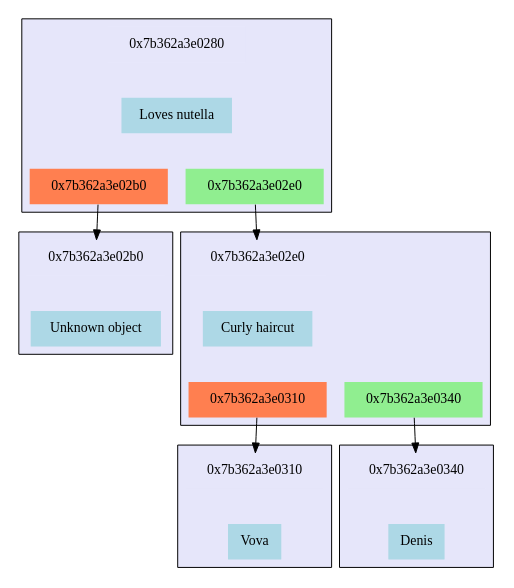
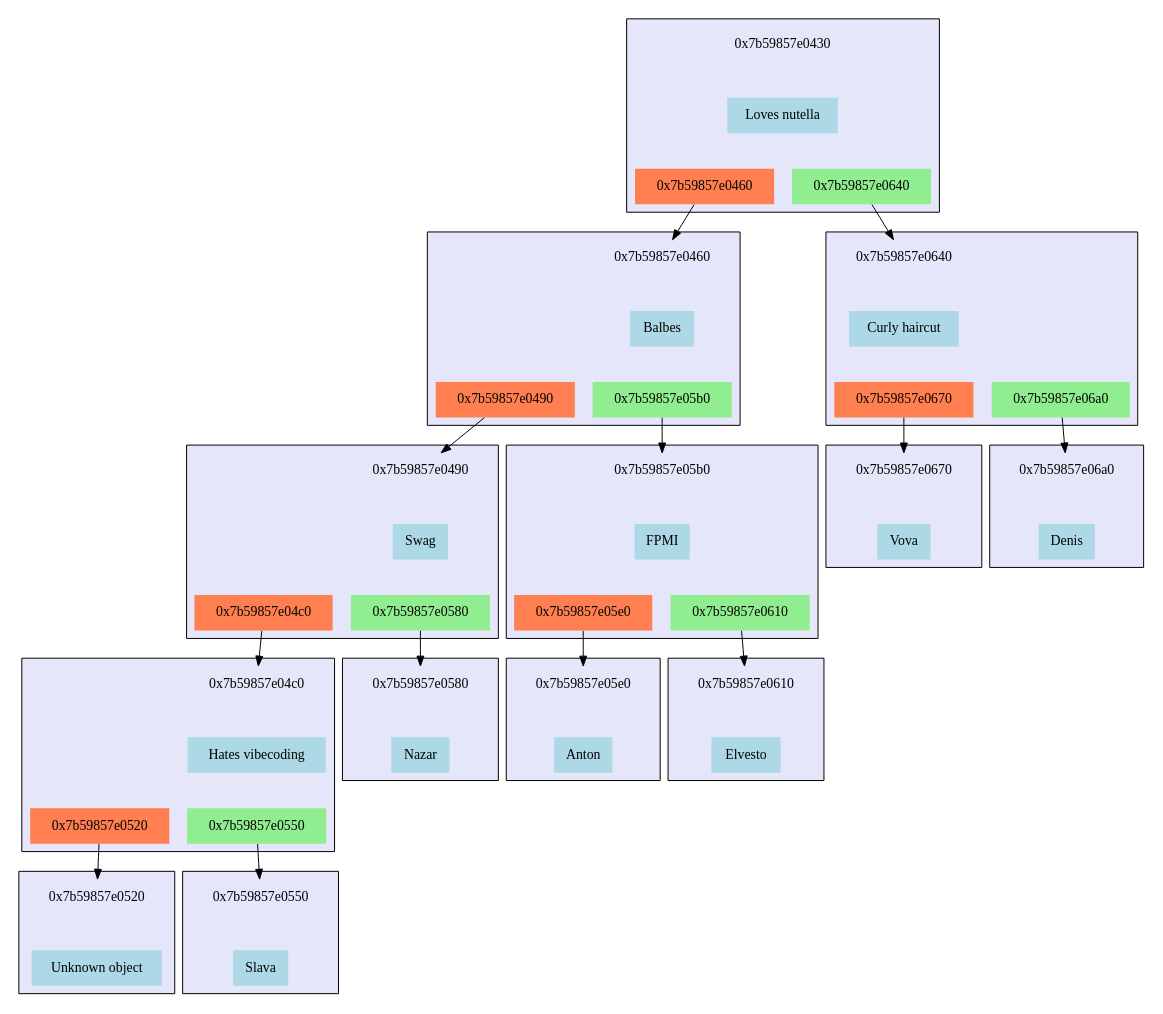
The diagram in files/tree.dot (MasterVAE/MIPT_Akinator), drawn with Graphviz before and after one commit. The commit also changed 3 other files, not shown here.

```diff
--- a/files/tree.dot
+++ b/files/tree.dot
@@ -1,80 +1,208 @@
 digraph G {	 node [shape=plaintext, style="filled"];
 	 rankdir=TB;
-subgraph cluster_0x7b362a3e0280                                     
+subgraph cluster_0x7b59857e0430                                     
 {                                                       
 	style=filled;                                         
 	rank=0;                                              
 	fillcolor=lavender;                                   
-	"0x7b362a3e0280_address"[label="0x7b362a3e0280",fillcolor="lavender"];  
-	"0x7b362a3e0280_value"[label="Loves nutella",fillcolor="lightblue"];   
-	subgraph "0x7b362a3e0280_bottom"                                
+	"0x7b59857e0430_address"[label="0x7b59857e0430",fillcolor="lavender"];  
+	"0x7b59857e0430_value"[label="Loves nutella",fillcolor="lightblue"];   
+	subgraph "0x7b59857e0430_bottom"                                
 	{                                                     
 		 style=invis;                                       
-		"0x7b362a3e0280_left"[label="0x7b362a3e02b0",fillcolor="coral"];      
-		"0x7b362a3e0280_right"[label="0x7b362a3e02e0",fillcolor="lightgreen"];
+		"0x7b59857e0430_left"[label="0x7b59857e0460",fillcolor="coral"];      
+		"0x7b59857e0430_right"[label="0x7b59857e0640",fillcolor="lightgreen"];
 	}                                                     
-	"0x7b362a3e0280_address"->"0x7b362a3e0280_value"[style=invis,weight=10];  
-	"0x7b362a3e0280_value"->"0x7b362a3e0280_left"[style=invis,weight=10];     
-	"0x7b362a3e0280_value"->"0x7b362a3e0280_right"[style=invis,weight=10];    
+	"0x7b59857e0430_address"->"0x7b59857e0430_value"[style=invis,weight=10];  
+	"0x7b59857e0430_value"->"0x7b59857e0430_left"[style=invis,weight=10];     
+	"0x7b59857e0430_value"->"0x7b59857e0430_right"[style=invis,weight=10];    
 }                                                       
-"0x7b362a3e0280_left" -> "0x7b362a3e02b0_address";
-subgraph cluster_0x7b362a3e02b0                                     
+"0x7b59857e0430_left" -> "0x7b59857e0460_address";
+subgraph cluster_0x7b59857e0460                                     
 {                                                       
 	style=filled;                                         
 	rank=1;                                              
 	fillcolor=lavender;                                   
-	"0x7b362a3e02b0_address"[label="0x7b362a3e02b0",fillcolor="lavender"];  
-	"0x7b362a3e02b0_value"[label="Unknown object",fillcolor="lightblue"];   
-	subgraph "0x7b362a3e02b0_bottom"                                
+	"0x7b59857e0460_address"[label="0x7b59857e0460",fillcolor="lavender"];  
+	"0x7b59857e0460_value"[label="Balbes",fillcolor="lightblue"];   
+	subgraph "0x7b59857e0460_bottom"                                
+	{                                                     
+		 style=invis;                                       
+		"0x7b59857e0460_left"[label="0x7b59857e0490",fillcolor="coral"];      
+		"0x7b59857e0460_right"[label="0x7b59857e05b0",fillcolor="lightgreen"];
+	}                                                     
+	"0x7b59857e0460_address"->"0x7b59857e0460_value"[style=invis,weight=10];  
+	"0x7b59857e0460_value"->"0x7b59857e0460_left"[style=invis,weight=10];     
+	"0x7b59857e0460_value"->"0x7b59857e0460_right"[style=invis,weight=10];    
+}                                                       
+"0x7b59857e0460_left" -> "0x7b59857e0490_address";
+subgraph cluster_0x7b59857e0490                                     
+{                                                       
+	style=filled;                                         
+	rank=2;                                              
+	fillcolor=lavender;                                   
+	"0x7b59857e0490_address"[label="0x7b59857e0490",fillcolor="lavender"];  
+	"0x7b59857e0490_value"[label="Swag",fillcolor="lightblue"];   
+	subgraph "0x7b59857e0490_bottom"                                
+	{                                                     
+		 style=invis;                                       
+		"0x7b59857e0490_left"[label="0x7b59857e04c0",fillcolor="coral"];      
+		"0x7b59857e0490_right"[label="0x7b59857e0580",fillcolor="lightgreen"];
+	}                                                     
+	"0x7b59857e0490_address"->"0x7b59857e0490_value"[style=invis,weight=10];  
+	"0x7b59857e0490_value"->"0x7b59857e0490_left"[style=invis,weight=10];     
+	"0x7b59857e0490_value"->"0x7b59857e0490_right"[style=invis,weight=10];    
+}                                                       
+"0x7b59857e0490_left" -> "0x7b59857e04c0_address";
+subgraph cluster_0x7b59857e04c0                                     
+{                                                       
+	style=filled;                                         
+	rank=3;                                              
+	fillcolor=lavender;                                   
+	"0x7b59857e04c0_address"[label="0x7b59857e04c0",fillcolor="lavender"];  
+	"0x7b59857e04c0_value"[label="Hates vibecoding",fillcolor="lightblue"];   
+	subgraph "0x7b59857e04c0_bottom"                                
+	{                                                     
+		 style=invis;                                       
+		"0x7b59857e04c0_left"[label="0x7b59857e0520",fillcolor="coral"];      
+		"0x7b59857e04c0_right"[label="0x7b59857e0550",fillcolor="lightgreen"];
+	}                                                     
+	"0x7b59857e04c0_address"->"0x7b59857e04c0_value"[style=invis,weight=10];  
+	"0x7b59857e04c0_value"->"0x7b59857e04c0_left"[style=invis,weight=10];     
+	"0x7b59857e04c0_value"->"0x7b59857e04c0_right"[style=invis,weight=10];    
+}                                                       
+"0x7b59857e04c0_left" -> "0x7b59857e0520_address";
+subgraph cluster_0x7b59857e0520                                     
+{                                                       
+	style=filled;                                         
+	rank=4;                                              
+	fillcolor=lavender;                                   
+	"0x7b59857e0520_address"[label="0x7b59857e0520",fillcolor="lavender"];  
+	"0x7b59857e0520_value"[label="Unknown object",fillcolor="lightblue"];   
+	subgraph "0x7b59857e0520_bottom"                                
 	{                                                     
 		 style=invis;                                       
 	}                                                     
-	"0x7b362a3e02b0_address"->"0x7b362a3e02b0_value"[style=invis,weight=10];  
+	"0x7b59857e0520_address"->"0x7b59857e0520_value"[style=invis,weight=10];  
 }                                                       
-"0x7b362a3e0280_right" -> "0x7b362a3e02e0_address";
-subgraph cluster_0x7b362a3e02e0                                     
+"0x7b59857e04c0_right" -> "0x7b59857e0550_address";
+subgraph cluster_0x7b59857e0550                                     
+{                                                       
+	style=filled;                                         
+	rank=4;                                              
+	fillcolor=lavender;                                   
+	"0x7b59857e0550_address"[label="0x7b59857e0550",fillcolor="lavender"];  
+	"0x7b59857e0550_value"[label="Slava",fillcolor="lightblue"];   
+	subgraph "0x7b59857e0550_bottom"                                
+	{                                                     
+		 style=invis;                                       
+	}                                                     
+	"0x7b59857e0550_address"->"0x7b59857e0550_value"[style=invis,weight=10];  
+}                                                       
+"0x7b59857e0490_right" -> "0x7b59857e0580_address";
+subgraph cluster_0x7b59857e0580                                     
+{                                                       
+	style=filled;                                         
+	rank=3;                                              
+	fillcolor=lavender;                                   
+	"0x7b59857e0580_address"[label="0x7b59857e0580",fillcolor="lavender"];  
+	"0x7b59857e0580_value"[label="Nazar",fillcolor="lightblue"];   
+	subgraph "0x7b59857e0580_bottom"                                
+	{                                                     
+		 style=invis;                                       
+	}                                                     
+	"0x7b59857e0580_address"->"0x7b59857e0580_value"[style=invis,weight=10];  
+}                                                       
+"0x7b59857e0460_right" -> "0x7b59857e05b0_address";
+subgraph cluster_0x7b59857e05b0                                     
+{                                                       
+	style=filled;                                         
+	rank=2;                                              
+	fillcolor=lavender;                                   
+	"0x7b59857e05b0_address"[label="0x7b59857e05b0",fillcolor="lavender"];  
+	"0x7b59857e05b0_value"[label="FPMI",fillcolor="lightblue"];   
+	subgraph "0x7b59857e05b0_bottom"                                
+	{                                                     
+		 style=invis;                                       
+		"0x7b59857e05b0_left"[label="0x7b59857e05e0",fillcolor="coral"];      
+		"0x7b59857e05b0_right"[label="0x7b59857e0610",fillcolor="lightgreen"];
+	}                                                     
+	"0x7b59857e05b0_address"->"0x7b59857e05b0_value"[style=invis,weight=10];  
+	"0x7b59857e05b0_value"->"0x7b59857e05b0_left"[style=invis,weight=10];     
+	"0x7b59857e05b0_value"->"0x7b59857e05b0_right"[style=invis,weight=10];    
+}                                                       
+"0x7b59857e05b0_left" -> "0x7b59857e05e0_address";
+subgraph cluster_0x7b59857e05e0                                     
+{                                                       
+	style=filled;                                         
+	rank=3;                                              
+	fillcolor=lavender;                                   
+	"0x7b59857e05e0_address"[label="0x7b59857e05e0",fillcolor="lavender"];  
+	"0x7b59857e05e0_value"[label="Anton",fillcolor="lightblue"];   
+	subgraph "0x7b59857e05e0_bottom"                                
+	{                                                     
+		 style=invis;                                       
+	}                                                     
+	"0x7b59857e05e0_address"->"0x7b59857e05e0_value"[style=invis,weight=10];  
+}                                                       
+"0x7b59857e05b0_right" -> "0x7b59857e0610_address";
+subgraph cluster_0x7b59857e0610                                     
+{                                                       
+	style=filled;                                         
+	rank=3;                                              
+	fillcolor=lavender;                                   
+	"0x7b59857e0610_address"[label="0x7b59857e0610",fillcolor="lavender"];  
+	"0x7b59857e0610_value"[label="Elvesto",fillcolor="lightblue"];   
+	subgraph "0x7b59857e0610_bottom"                                
+	{                                                     
+		 style=invis;                                       
+	}                                                     
+	"0x7b59857e0610_address"->"0x7b59857e0610_value"[style=invis,weight=10];  
+}                                                       
+"0x7b59857e0430_right" -> "0x7b59857e0640_address";
+subgraph cluster_0x7b59857e0640                                     
 {                                                       
 	style=filled;                                         
 	rank=1;                                              
 	fillcolor=lavender;                                   
-	"0x7b362a3e02e0_address"[label="0x7b362a3e02e0",fillcolor="lavender"];  
-	"0x7b362a3e02e0_value"[label="Curly haircut",fillcolor="lightblue"];   
-	subgraph "0x7b362a3e02e0_bottom"                                
+	"0x7b59857e0640_address"[label="0x7b59857e0640",fillcolor="lavender"];  
+	"0x7b59857e0640_value"[label="Curly haircut",fillcolor="lightblue"];   
+	subgraph "0x7b59857e0640_bottom"                                
 	{                                                     
 		 style=invis;                                       
-		"0x7b362a3e02e0_left"[label="0x7b362a3e0310",fillcolor="coral"];      
-		"0x7b362a3e02e0_right"[label="0x7b362a3e0340",fillcolor="lightgreen"];
+		"0x7b59857e0640_left"[label="0x7b59857e0670",fillcolor="coral"];      
+		"0x7b59857e0640_right"[label="0x7b59857e06a0",fillcolor="lightgreen"];
 	}                                                     
-	"0x7b362a3e02e0_address"->"0x7b362a3e02e0_value"[style=invis,weight=10];  
-	"0x7b362a3e02e0_value"->"0x7b362a3e02e0_left"[style=invis,weight=10];     
-	"0x7b362a3e02e0_value"->"0x7b362a3e02e0_right"[style=invis,weight=10];    
+	"0x7b59857e0640_address"->"0x7b59857e0640_value"[style=invis,weight=10];  
+	"0x7b59857e0640_value"->"0x7b59857e0640_left"[style=invis,weight=10];     
+	"0x7b59857e0640_value"->"0x7b59857e0640_right"[style=invis,weight=10];    
 }                                                       
-"0x7b362a3e02e0_left" -> "0x7b362a3e0310_address";
-subgraph cluster_0x7b362a3e0310                                     
+"0x7b59857e0640_left" -> "0x7b59857e0670_address";
+subgraph cluster_0x7b59857e0670                                     
 {                                                       
 	style=filled;                                         
 	rank=2;                                              
 	fillcolor=lavender;                                   
-	"0x7b362a3e0310_address"[label="0x7b362a3e0310",fillcolor="lavender"];  
-	"0x7b362a3e0310_value"[label="Vova",fillcolor="lightblue"];   
-	subgraph "0x7b362a3e0310_bottom"                                
+	"0x7b59857e0670_address"[label="0x7b59857e0670",fillcolor="lavender"];  
+	"0x7b59857e0670_value"[label="Vova",fillcolor="lightblue"];   
+	subgraph "0x7b59857e0670_bottom"                                
 	{                                                     
 		 style=invis;                                       
 	}                                                     
-	"0x7b362a3e0310_address"->"0x7b362a3e0310_value"[style=invis,weight=10];  
+	"0x7b59857e0670_address"->"0x7b59857e0670_value"[style=invis,weight=10];  
 }                                                       
-"0x7b362a3e02e0_right" -> "0x7b362a3e0340_address";
-subgraph cluster_0x7b362a3e0340                                     
+"0x7b59857e0640_right" -> "0x7b59857e06a0_address";
+subgraph cluster_0x7b59857e06a0                                     
 {                                                       
 	style=filled;                                         
 	rank=2;                                              
 	fillcolor=lavender;                                   
-	"0x7b362a3e0340_address"[label="0x7b362a3e0340",fillcolor="lavender"];  
-	"0x7b362a3e0340_value"[label="Denis",fillcolor="lightblue"];   
-	subgraph "0x7b362a3e0340_bottom"                                
+	"0x7b59857e06a0_address"[label="0x7b59857e06a0",fillcolor="lavender"];  
+	"0x7b59857e06a0_value"[label="Denis",fillcolor="lightblue"];   
+	subgraph "0x7b59857e06a0_bottom"                                
 	{                                                     
 		 style=invis;                                       
 	}                                                     
-	"0x7b362a3e0340_address"->"0x7b362a3e0340_value"[style=invis,weight=10];  
+	"0x7b59857e06a0_address"->"0x7b59857e06a0_value"[style=invis,weight=10];  
 }                                                       
 }
```
